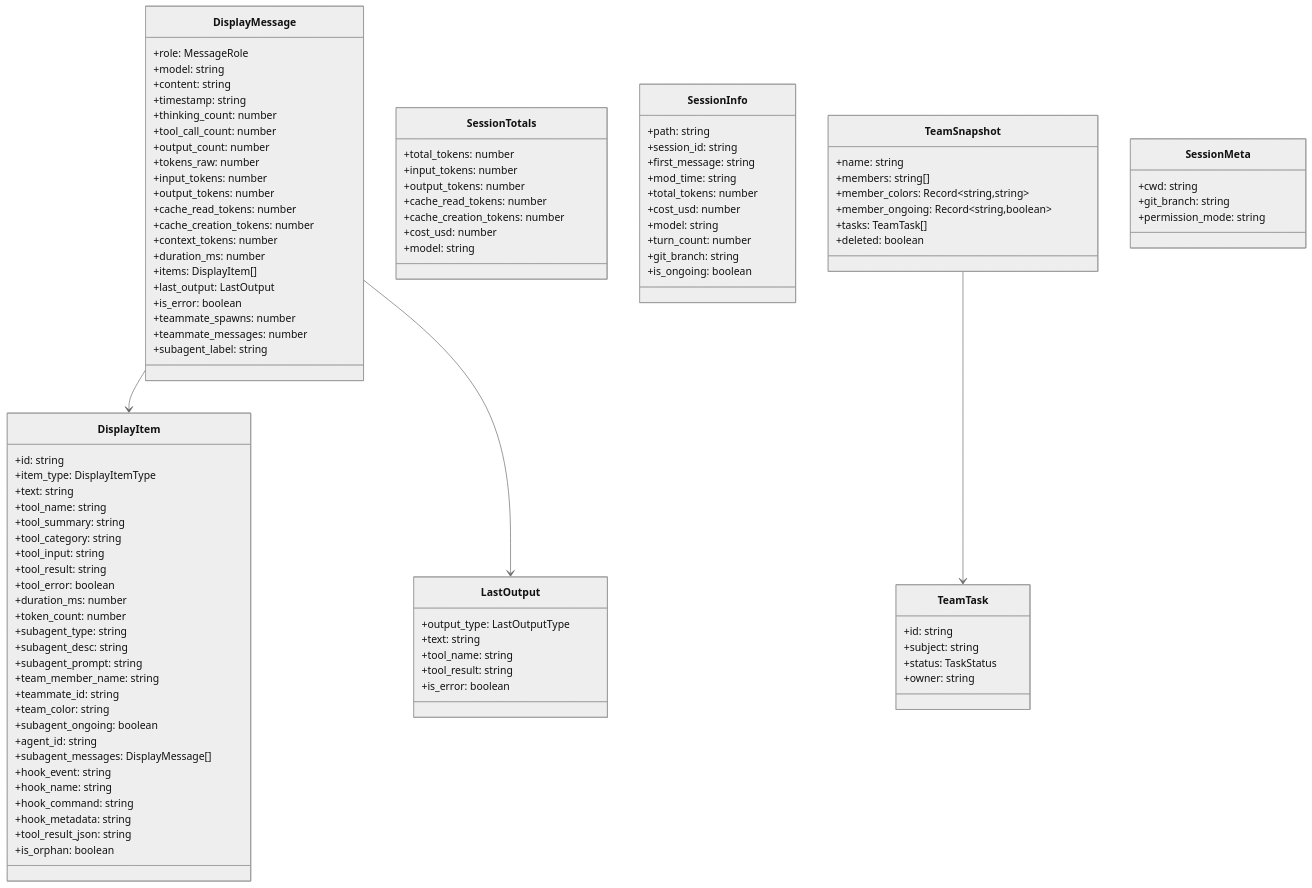
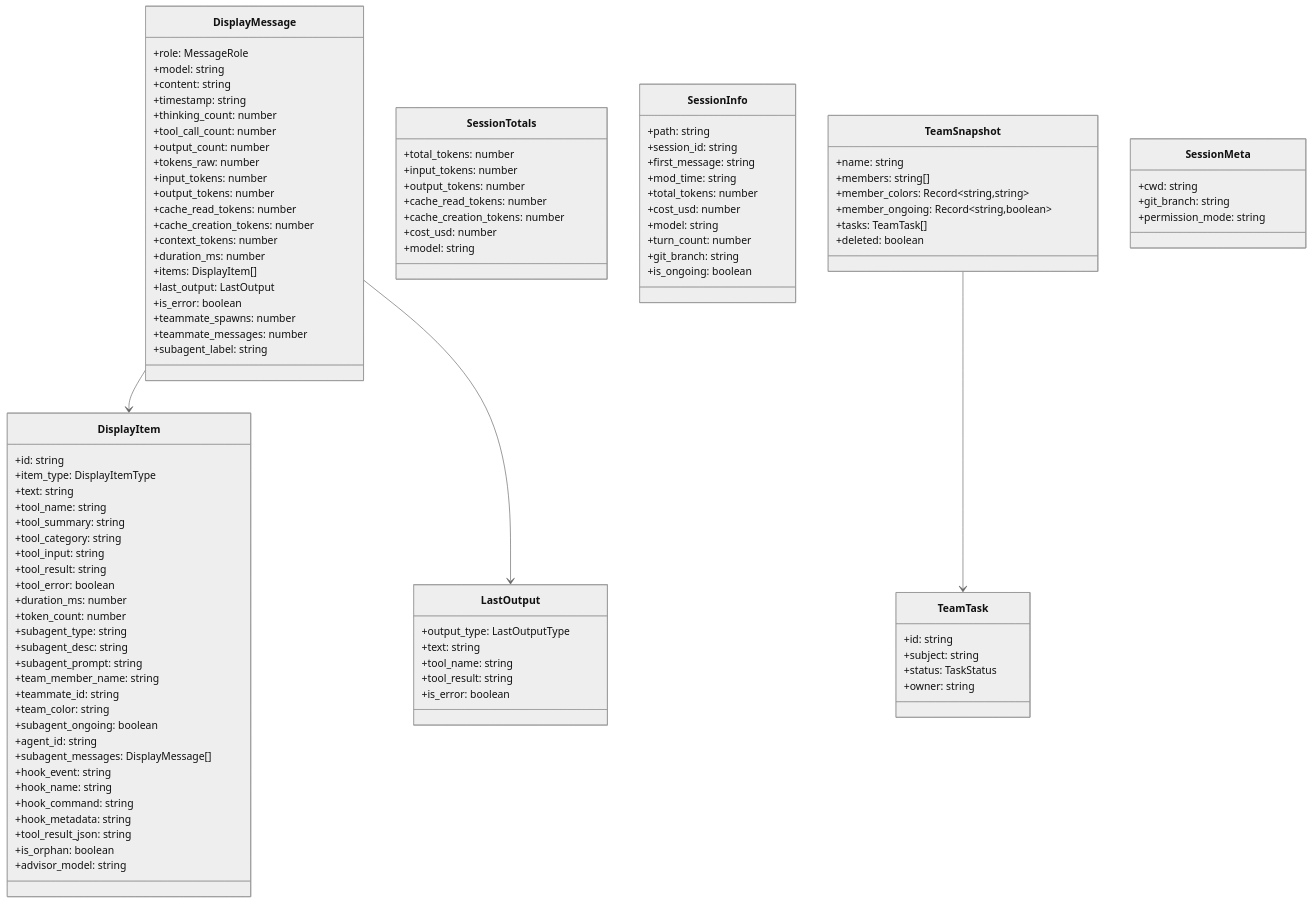
The first of 3 diagrams in specs/07-data-types.md (delexw/claude-code-trace), drawn with Mermaid (neutral theme) before and after one commit. The commit also changed other lines of this file and 12 other files, not shown here.

First line of the commit message:
feat(parser): capture and display the advisor tool's model attribution

```diff
--- a/specs/07-data-types.md
+++ b/specs/07-data-types.md
@@ -61,6 +61,7 @@
         +hook_metadata: string
         +tool_result_json: string
         +is_orphan: boolean
+        +advisor_model: string
     }
 
     class LastOutput {
```
